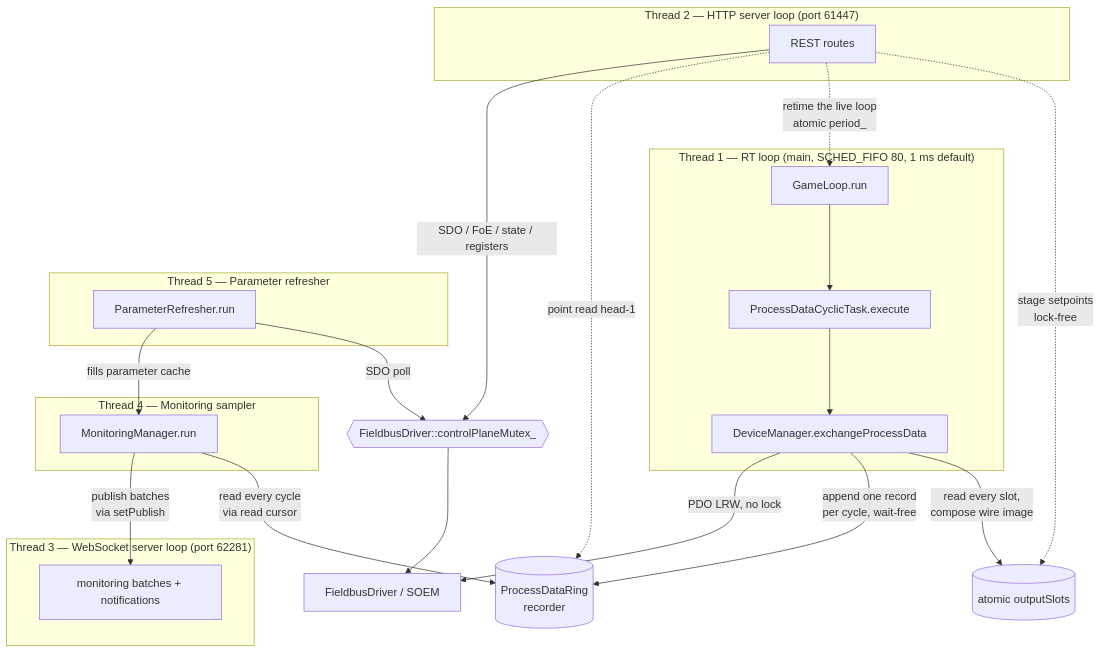
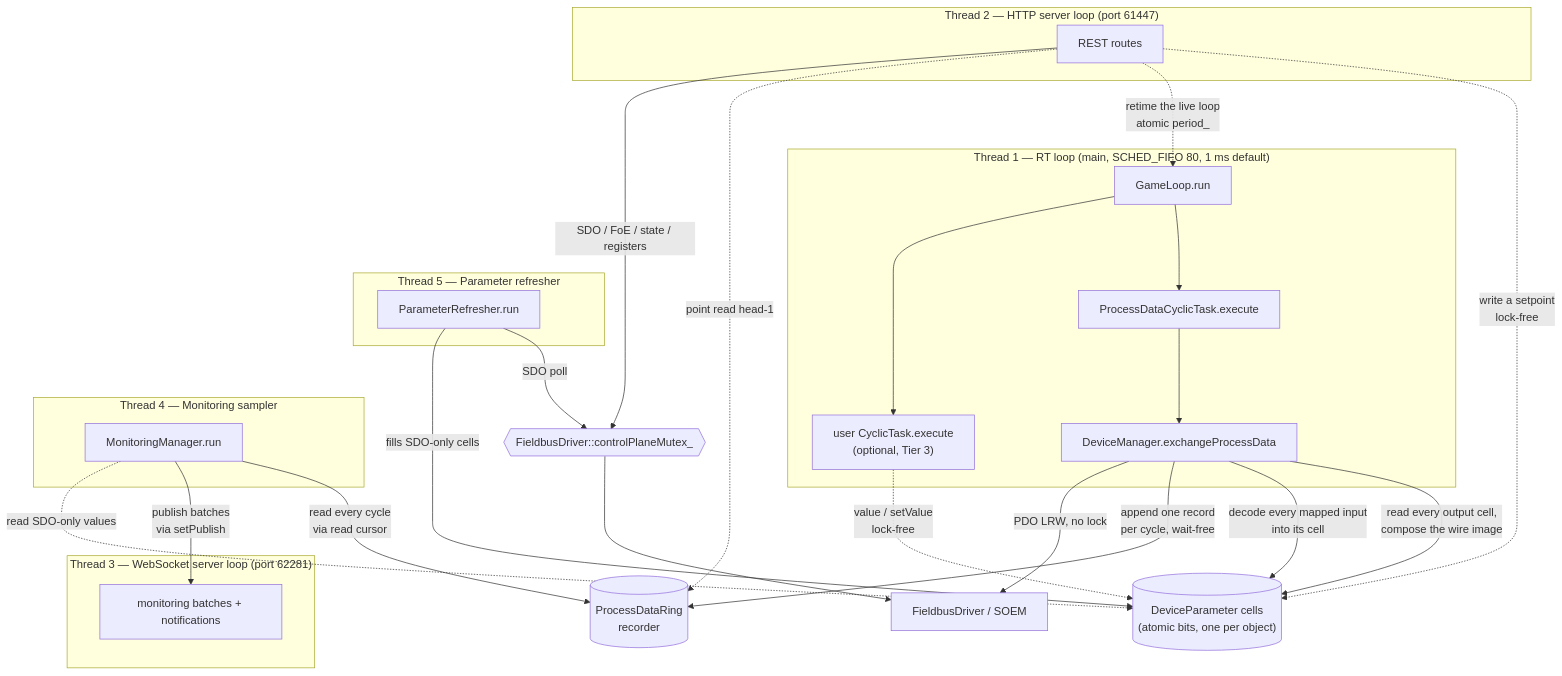
Before and after one commit to synapticon/motion-master: the diagram in docs/THREADS.md, drawn with Mermaid. The commit also changed other lines of this file and 2 other files, not shown here.

````diff
--- a/docs/THREADS.md
+++ b/docs/THREADS.md
@@ -33,32 +40,36 @@
 ```mermaid
 flowchart TB
     subgraph RT["Thread 1 — RT loop (main, SCHED_FIFO 80, 1 ms default)"]
         GL[GameLoop.run] --> PDT[ProcessDataCyclicTask.execute]
         PDT --> EPD[DeviceManager.exchangeProcessData]
+        GL --> UT["user CyclicTask.execute<br/>(optional, Tier 3)"]
     end
     subgraph HSRV["Thread 2 — HTTP server loop (port 61447)"]
         HTTP[REST routes]
     end
     subgraph WSRV["Thread 3 — WebSocket server loop (port 62281)"]
         WS[monitoring batches + notifications]
     end
     subgraph SAMP["Thread 4 — Monitoring sampler"]
         MS[MonitoringManager.run]
     end
     subgraph REF["Thread 5 — Parameter refresher"]
         PR[ParameterRefresher.run]
     end
 
-    HTTP -.->|stage setpoints<br/>lock-free| SLOTS[(atomic outputSlots)]
+    HTTP -.->|write a setpoint<br/>lock-free| CELLS[("DeviceParameter cells<br/>(atomic bits, one per object)")]
     HTTP -.->|retime the live loop<br/>atomic period_| GL
-    EPD -->|read every slot,<br/>compose wire image| SLOTS
+    UT -.->|value / setValue<br/>lock-free| CELLS
+    EPD -->|read every output cell,<br/>compose the wire image| CELLS
+    EPD -->|decode every mapped input<br/>into its cell| CELLS
     EPD -->|append one record<br/>per cycle, wait-free| RING[(ProcessDataRing<br/>recorder)]
     MS -->|read every cycle<br/>via read cursor| RING
     HTTP -.->|point read head-1| RING
     HTTP -->|SDO / FoE / state / registers| SM{{FieldbusDriver::controlPlaneMutex_}}
     PR -->|SDO poll| SM
     SM --> DRV[FieldbusDriver / SOEM]
     EPD -->|PDO LRW, no lock| DRV
     MS -->|publish batches<br/>via setPublish| WS
-    PR -->|fills parameter cache| MS
+    PR -->|fills SDO-only cells| CELLS
+    MS -.->|read SDO-only values| CELLS
 ```
````
